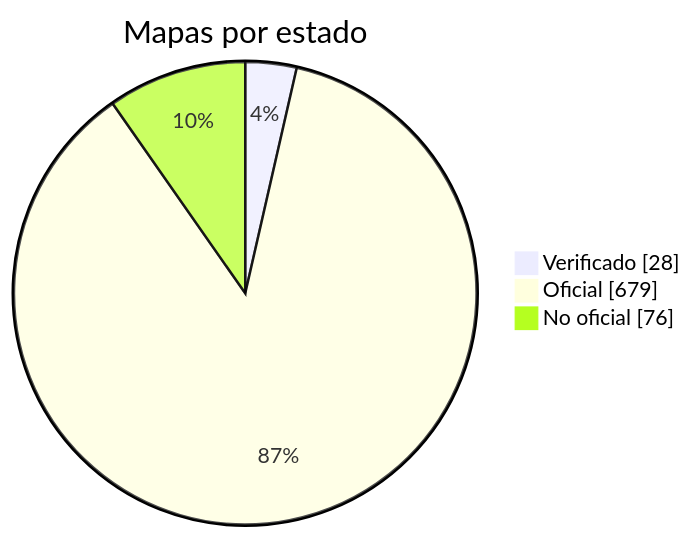
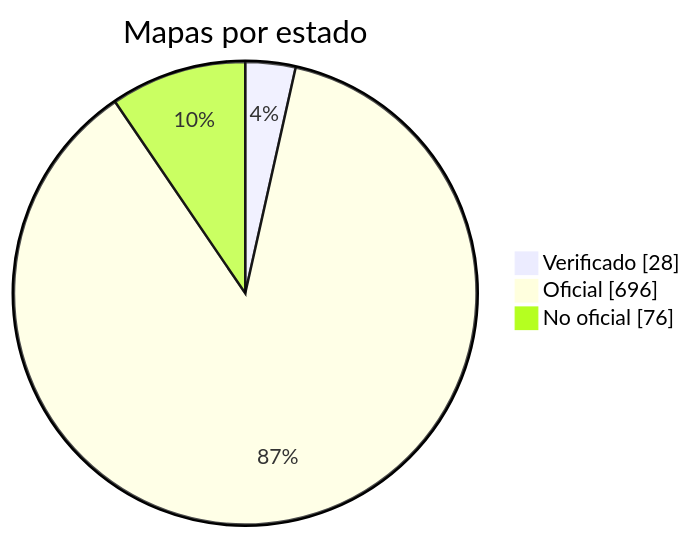
One commit to nobrega8/mbmap-library changed the diagram in docs/readme/README_ES.md. Above: the diagram before and after it, drawn with Mermaid. The commit also changed 22 other files, not shown here.

````diff
--- a/docs/readme/README_ES.md
+++ b/docs/readme/README_ES.md
@@ -54,7 +54,7 @@
 ```mermaid
 pie showData
     title Mapas por estado
     "Verificado" : 28
-    "Oficial" : 679
+    "Oficial" : 696
     "No oficial" : 76
 ```
````
